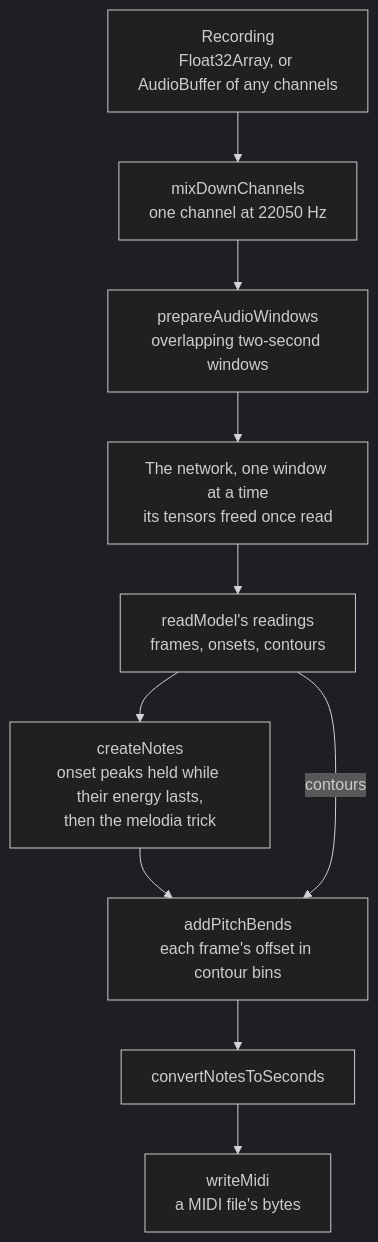
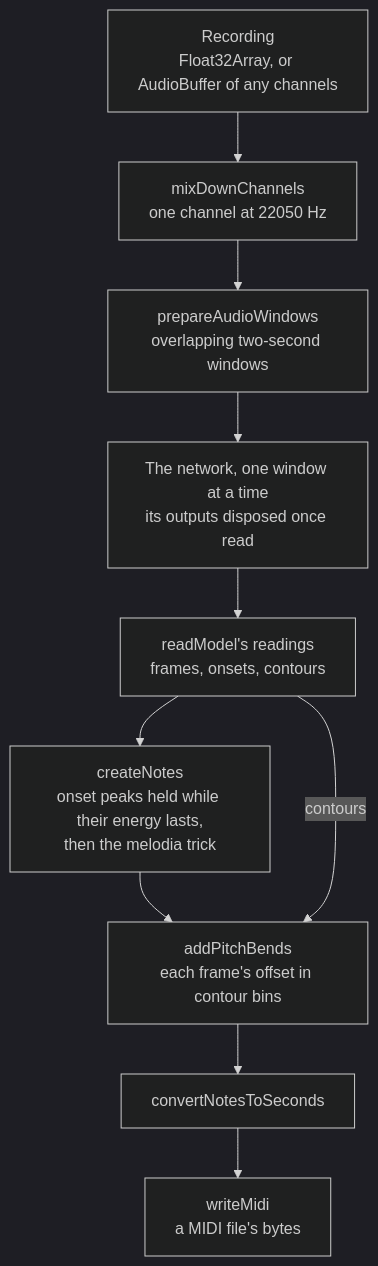
One commit to Esposter/Esposter changed the diagram in openspec/specs/pitch-transcription/README.md. Above: the diagram before and after it, drawn with Mermaid (dark theme). The commit also changed other lines of this file and 8 other files, not shown here.

````diff
--- a/openspec/specs/pitch-transcription/README.md
+++ b/openspec/specs/pitch-transcription/README.md
@@ -11,15 +11,15 @@
 ```mermaid
 flowchart TD
   audio["Recording<br/>Float32Array, or AudioBuffer of any channels"]
   mix["mixDownChannels<br/>one channel at 22050 Hz"]
   windows["prepareAudioWindows<br/>overlapping two-second windows"]
-  model["The network, one window at a time<br/>its tensors freed once read"]
+  model["The network, one window at a time<br/>its outputs disposed once read"]
   readings["readModel's readings<br/>frames, onsets, contours"]
   notes["createNotes<br/>onset peaks held while their energy lasts,<br/>then the melodia trick"]
   bends["addPitchBends<br/>each frame's offset in contour bins"]
   seconds["convertNotesToSeconds"]
   midi["writeMidi<br/>a MIDI file's bytes"]
   audio --> mix --> windows --> model --> readings
   readings --> notes --> bends --> seconds --> midi
   readings -->|contours| bends
 ```
````
